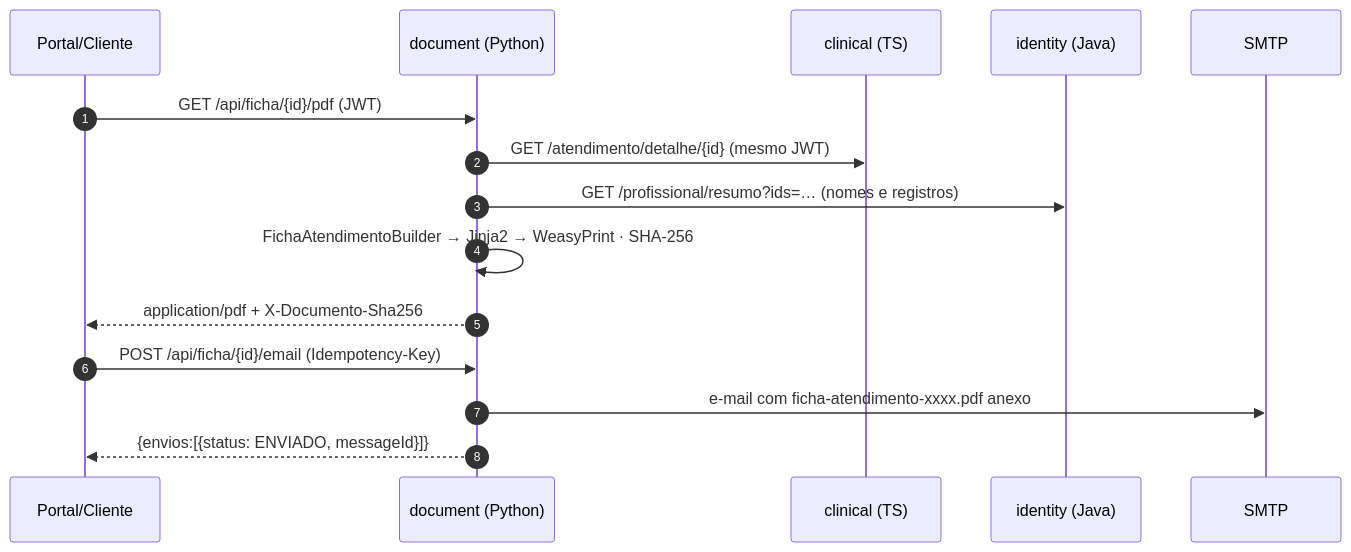
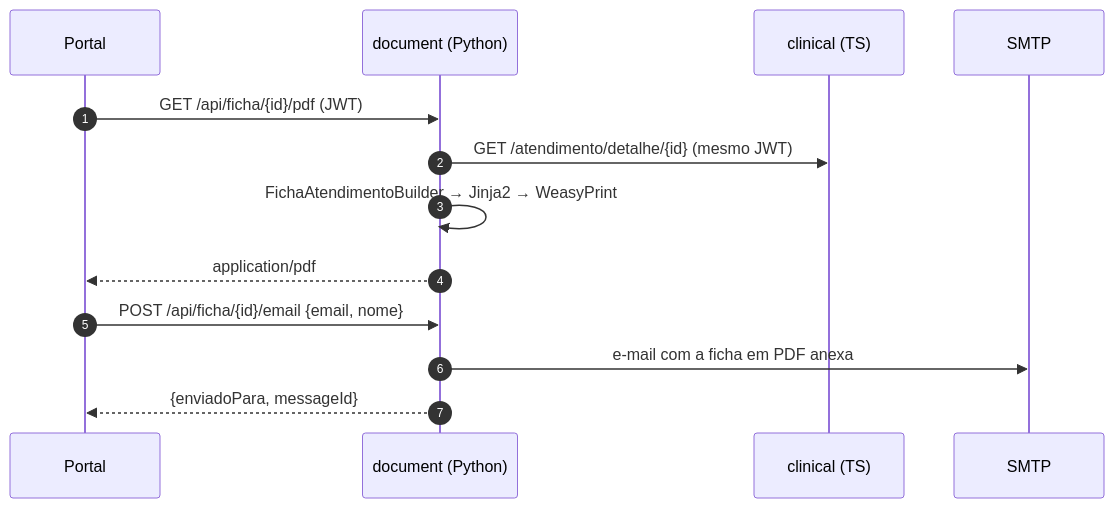
One commit to joaogehlen/MedicalField changed the sixth of 6 diagrams in docs/02-arquitetura.md. Above: the diagram before and after it, drawn with Mermaid. The commit also changed other lines of this file and 40 other files, not shown here.

````diff
--- a/docs/02-arquitetura.md
+++ b/docs/02-arquitetura.md
@@ -223,17 +176,15 @@
 ```mermaid
 sequenceDiagram
     autonumber
-    participant U as Portal/Cliente
+    participant U as Portal
     participant D as document (Python)
     participant K as clinical (TS)
-    participant I as identity (Java)
     participant S as SMTP
     U->>D: GET /api/ficha/{id}/pdf (JWT)
     D->>K: GET /atendimento/detalhe/{id} (mesmo JWT)
-    D->>I: GET /profissional/resumo?ids=… (nomes e registros)
-    D->>D: FichaAtendimentoBuilder → Jinja2 → WeasyPrint · SHA-256
-    D-->>U: application/pdf + X-Documento-Sha256
-    U->>D: POST /api/ficha/{id}/email (Idempotency-Key)
-    D->>S: e-mail com ficha-atendimento-xxxx.pdf anexo
-    D-->>U: {envios:[{status: ENVIADO, messageId}]}
+    D->>D: FichaAtendimentoBuilder → Jinja2 → WeasyPrint
+    D-->>U: application/pdf
+    U->>D: POST /api/ficha/{id}/email {email, nome}
+    D->>S: e-mail com a ficha em PDF anexa
+    D-->>U: {enviadoPara, messageId}
 ```
````
